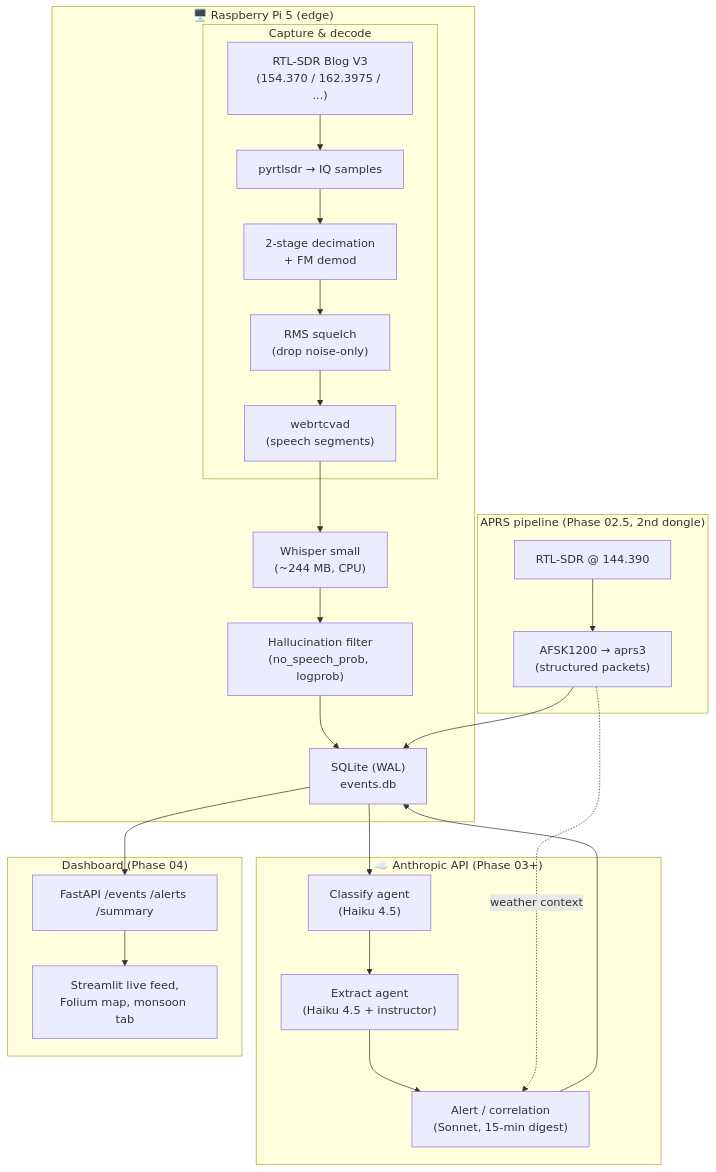
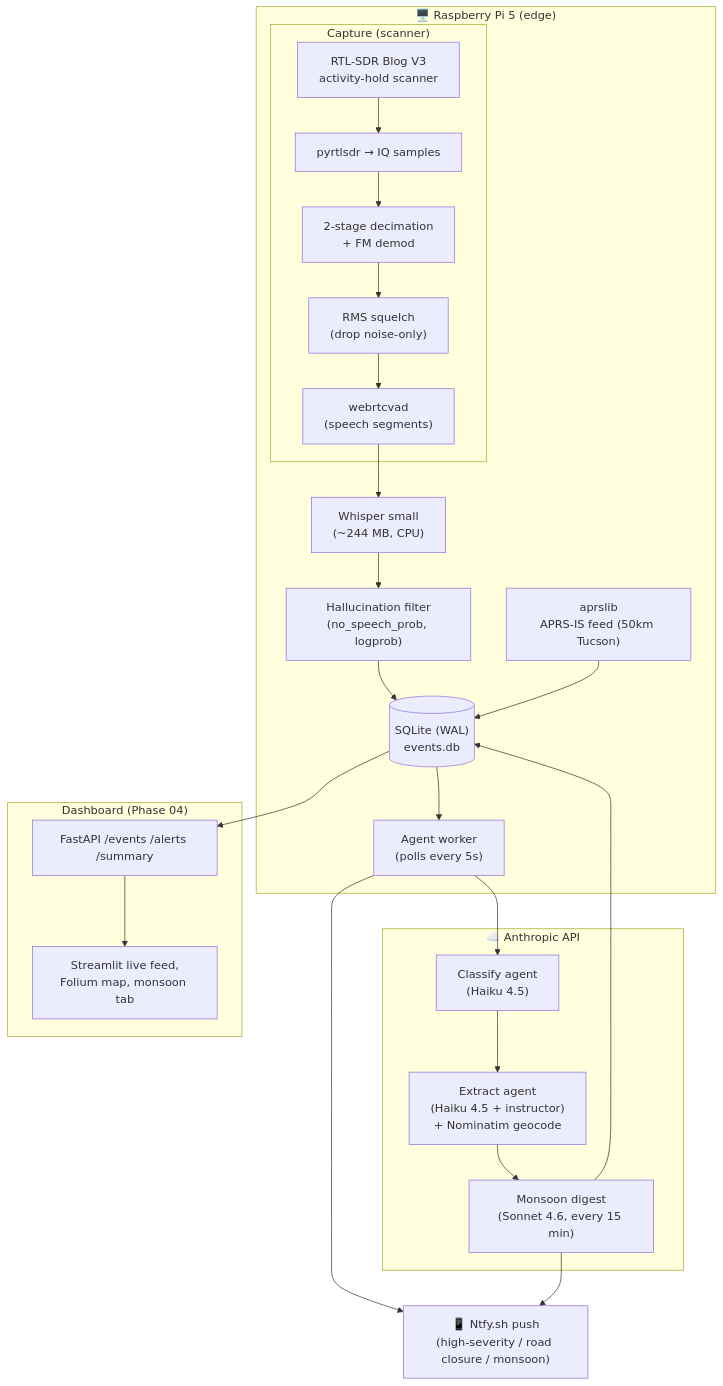
The diagram in README.md (keatonwilson/monsoon_ears), drawn with Mermaid before and after one commit. The commit also changed other lines of this file and 21 other files, not shown here.

First line of the commit message:
Phase 03: scanner, LangGraph agents, APRS-IS, Ntfy alerts

````diff
--- a/README.md
+++ b/README.md
@@ -32,37 +35,38 @@
 ```mermaid
 flowchart TB
     subgraph PI["🖥️  Raspberry Pi 5 (edge)"]
-        subgraph CAP["Capture & decode"]
-            SDR["RTL-SDR Blog V3<br/>(154.370 / 162.3975 / ...)"]
+        subgraph CAP["Capture (scanner)"]
+            SDR["RTL-SDR Blog V3<br/>activity-hold scanner"]
             IQ["pyrtlsdr → IQ samples"]
             DEMOD["2-stage decimation<br/>+ FM demod"]
             SQU["RMS squelch<br/>(drop noise-only)"]
             VAD["webrtcvad<br/>(speech segments)"]
         end
         WHIS["Whisper small<br/>(~244 MB, CPU)"]
         FILT["Hallucination filter<br/>(no_speech_prob, logprob)"]
-        DB["SQLite (WAL)<br/>events.db"]
+        DB[("SQLite (WAL)<br/>events.db")]
+        WORKER["Agent worker<br/>(polls every 5s)"]
+        APRS_IS["aprslib<br/>APRS-IS feed (50km Tucson)"]
     end
 
-    subgraph CLOUD["☁️  Anthropic API (Phase 03+)"]
+    subgraph CLOUD["☁️  Anthropic API"]
         CLASSIFY["Classify agent<br/>(Haiku 4.5)"]
-        EXTRACT["Extract agent<br/>(Haiku 4.5 + instructor)"]
-        ALERT["Alert / correlation<br/>(Sonnet, 15-min digest)"]
+        EXTRACT["Extract agent<br/>(Haiku 4.5 + instructor)<br/>+ Nominatim geocode"]
+        ALERT["Monsoon digest<br/>(Sonnet 4.6, every 15 min)"]
     end
 
-    subgraph APRS_PIPE["APRS pipeline (Phase 02.5, 2nd dongle)"]
-        APRS_SDR["RTL-SDR @ 144.390"]
-        APRS_DEC["AFSK1200 → aprs3<br/>(structured packets)"]
-    end
+    NTFY["📱 Ntfy.sh push<br/>(high-severity / road closure / monsoon)"]
 
     SDR --> IQ --> DEMOD --> SQU --> VAD --> WHIS --> FILT --> DB
-    DB --> CLASSIFY --> EXTRACT --> ALERT --> DB
-    APRS_SDR --> APRS_DEC --> DB
-    APRS_DEC -. weather context .-> ALERT
+    APRS_IS --> DB
+    DB --> WORKER --> CLASSIFY --> EXTRACT --> ALERT
+    WORKER --> NTFY
+    ALERT --> NTFY
+    ALERT --> DB
 
     subgraph UI["Dashboard (Phase 04)"]
         FASTAPI["FastAPI /events /alerts /summary"]
         STREAMLIT["Streamlit live feed,<br/>Folium map, monsoon tab"]
     end
     DB --> FASTAPI --> STREAMLIT
 ```
````
